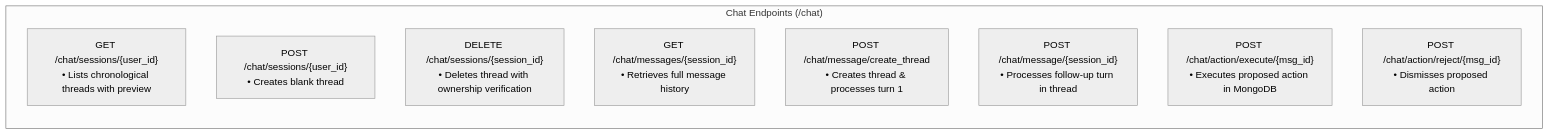
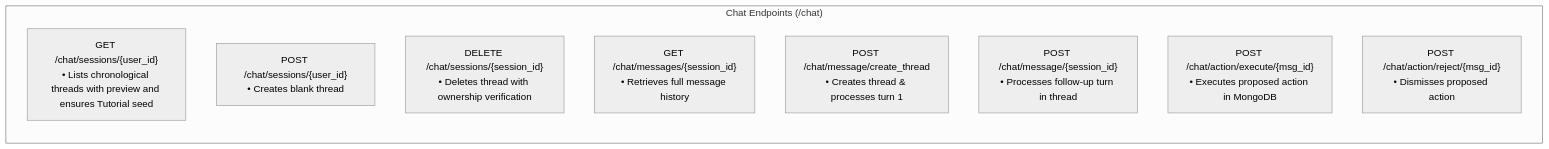
One commit to notysozu/AI-Based-Visual-Risk-and-Compliance-Intelligence-System changed the seventh of 7 diagrams in docs/workflow/08_digital_twin_copilot_chat.md. Above: the diagram before and after it, drawn with Mermaid (neutral theme). The commit also changed other lines of this file and 5 other files, not shown here.

Commit message:
feat: persist tutorial chat session, optimize user lifecycle recovery, and update documentation

````diff
--- a/docs/workflow/08_digital_twin_copilot_chat.md
+++ b/docs/workflow/08_digital_twin_copilot_chat.md
@@ -153,14 +196,14 @@
 ```mermaid
 flowchart TB
   subgraph ChatEndpoints["Chat Endpoints (/chat)"]
     direction TB
-    C1["GET /chat/sessions/{user_id}<br/>• Lists chronological threads with preview"]
+    C1["GET /chat/sessions/{user_id}<br/>• Lists chronological threads with preview and ensures Tutorial seed"]
     C2["POST /chat/sessions/{user_id}<br/>• Creates blank thread"]
     C3["DELETE /chat/sessions/{session_id}<br/>• Deletes thread with ownership verification"]
     C4["GET /chat/messages/{session_id}<br/>• Retrieves full message history"]
     C5["POST /chat/message/create_thread<br/>• Creates thread & processes turn 1"]
     C6["POST /chat/message/{session_id}<br/>• Processes follow-up turn in thread"]
     C7["POST /chat/action/execute/{msg_id}<br/>• Executes proposed action in MongoDB"]
     C8["POST /chat/action/reject/{msg_id}<br/>• Dismisses proposed action"]
   end
 ```
````
